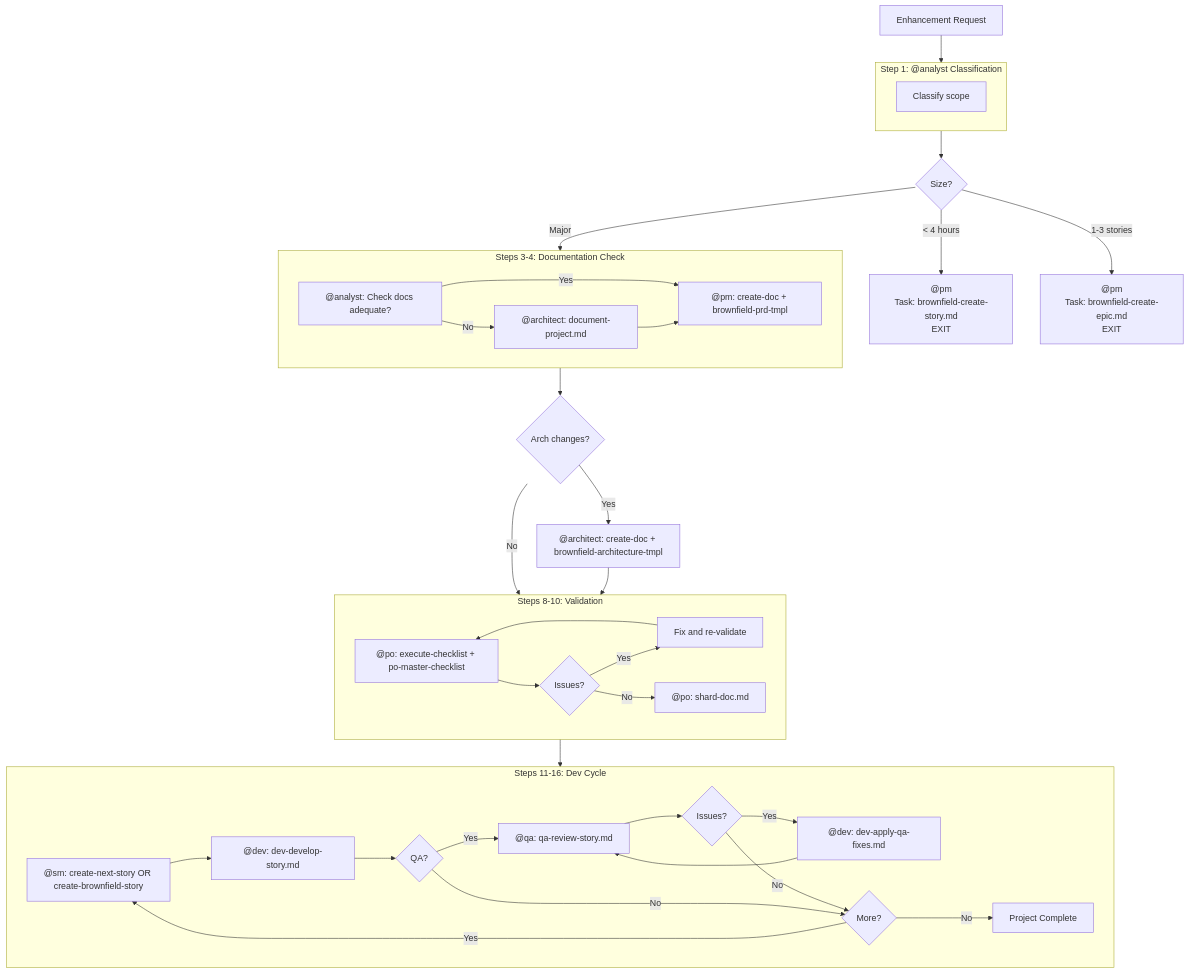
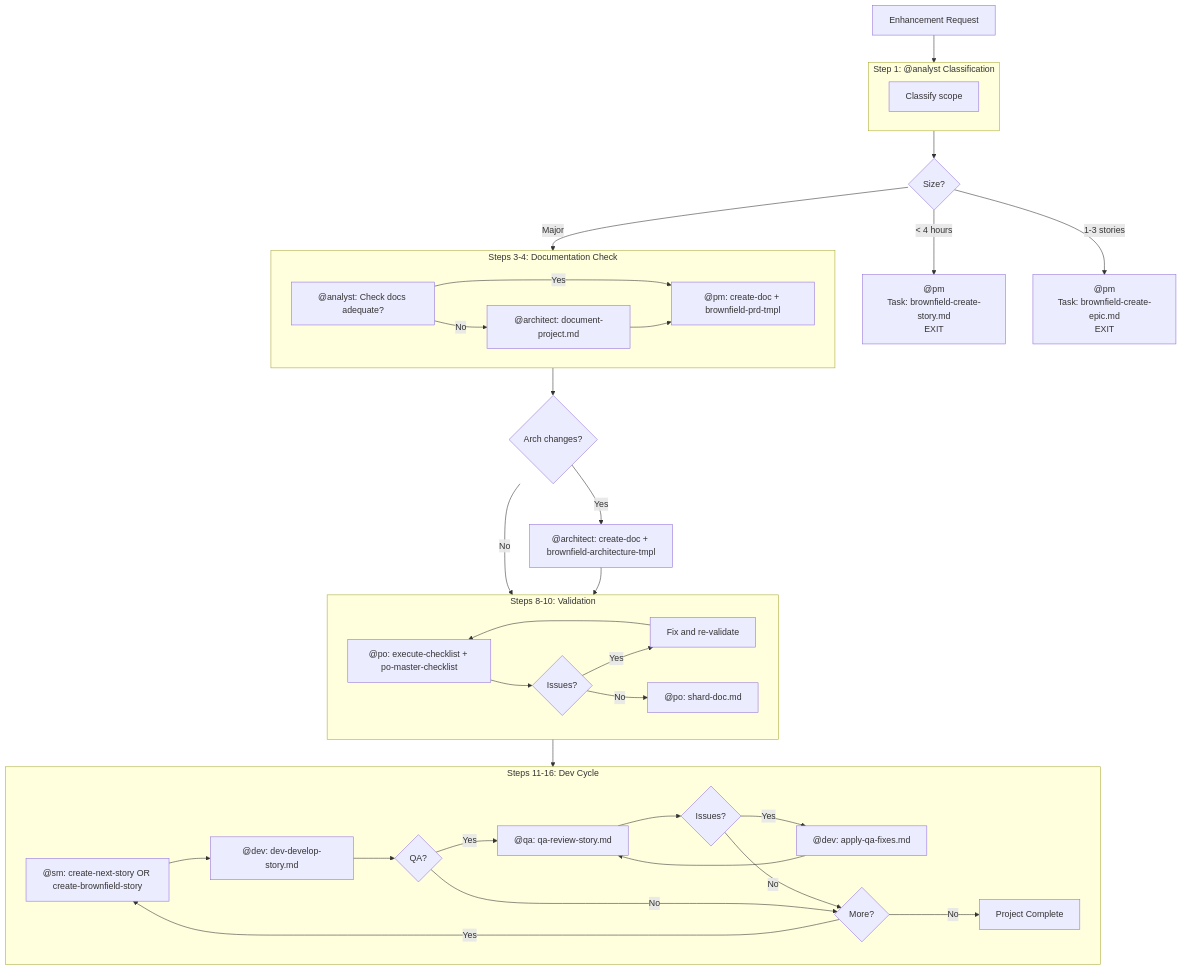
Diagram 17 of 20 in docs/guides/workflows/WORKFLOW-TASK-AGENT-ANALYSIS.md (SynkraAI/aiox-core), drawn with Mermaid before and after one commit. The commit also changed other lines of this file and 36 other files, not shown here.

````diff
--- a/docs/guides/workflows/WORKFLOW-TASK-AGENT-ANALYSIS.md
+++ b/docs/guides/workflows/WORKFLOW-TASK-AGENT-ANALYSIS.md
@@ -828,52 +828,52 @@
 ```mermaid
 flowchart TD
     START[Enhancement Request] --> CLASSIFY
 
     subgraph CLASSIFY["Step 1: @analyst Classification"]
         A1["Classify scope"]
     end
 
     CLASSIFY --> ROUTE{Size?}
 
     ROUTE -->|"< 4 hours"| SINGLE["@pm<br/>Task: brownfield-create-story.md<br/>EXIT"]
     ROUTE -->|"1-3 stories"| SMALL["@pm<br/>Task: brownfield-create-epic.md<br/>EXIT"]
     ROUTE -->|"Major"| DOCS
 
     subgraph DOCS["Steps 3-4: Documentation Check"]
         D1["@analyst: Check docs adequate?"]
         D1 -->|No| D2["@architect: document-project.md"]
         D1 -->|Yes| D3["@pm: create-doc + brownfield-prd-tmpl"]
         D2 --> D3
     end
 
     DOCS --> ARCH_DECISION{Arch changes?}
     ARCH_DECISION -->|Yes| ARCH["@architect: create-doc + brownfield-architecture-tmpl"]
     ARCH_DECISION -->|No| PO_VALIDATE
     ARCH --> PO_VALIDATE
 
     subgraph PO_VALIDATE["Steps 8-10: Validation"]
         V1["@po: execute-checklist + po-master-checklist"]
         V1 --> V2{Issues?}
         V2 -->|Yes| V3[Fix and re-validate]
         V3 --> V1
         V2 -->|No| V4["@po: shard-doc.md"]
     end
 
     PO_VALIDATE --> DEV_CYCLE
 
     subgraph DEV_CYCLE["Steps 11-16: Dev Cycle"]
         S1["@sm: create-next-story OR create-brownfield-story"]
         S1 --> S2["@dev: dev-develop-story.md"]
         S2 --> S3{"QA?"}
         S3 -->|Yes| S4["@qa: qa-review-story.md"]
         S4 --> S5{Issues?}
-        S5 -->|Yes| S6["@dev: dev-apply-qa-fixes.md"]
+        S5 -->|Yes| S6["@dev: apply-qa-fixes.md"]
         S6 --> S4
         S5 -->|No| S7{More?}
         S3 -->|No| S7
         S7 -->|Yes| S1
         S7 -->|No| DONE
     end
 
     DONE[Project Complete]
 ```
````
